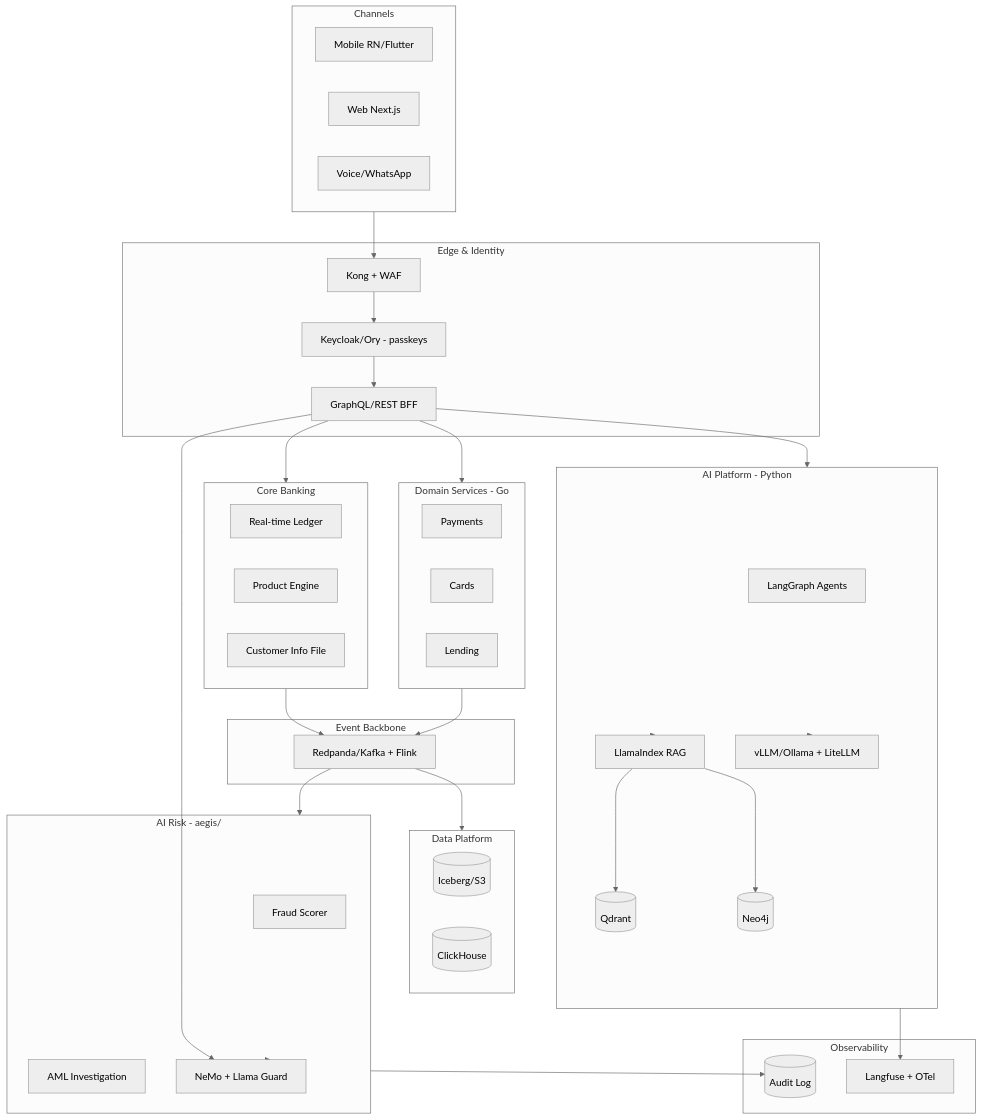
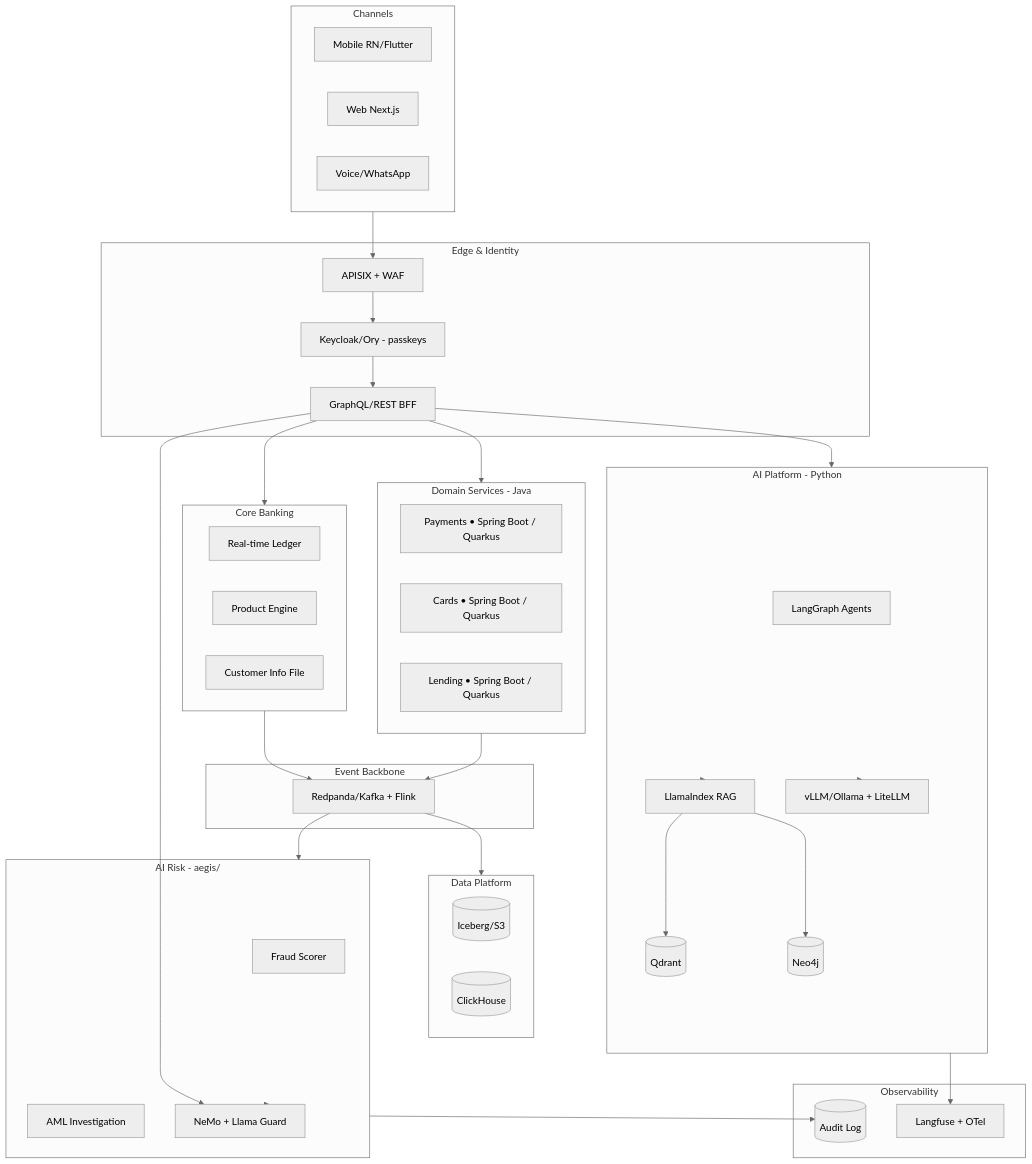
Before and after one commit to jsavinash/aegis-bank: the diagram in aegis-documentation/03_system_and_architecture/03_high_level_design_hld/01_end_to_end_system_architecture.md, drawn with Mermaid (neutral theme). The commit also changed other lines of this file and 2 other files, not shown here.

Commit message:
docs: switch HLD service diagrams from Go to Java and Kong to APISIX

````diff
--- a/aegis-documentation/03_system_and_architecture/03_high_level_design_hld/01_end_to_end_system_architecture.md
+++ b/aegis-documentation/03_system_and_architecture/03_high_level_design_hld/01_end_to_end_system_architecture.md
@@ -8,60 +8,60 @@
 ```mermaid
 flowchart TD
     subgraph CH[Channels]
         Mob[Mobile RN/Flutter]
         Web[Web Next.js]
         Voice[Voice/WhatsApp]
     end
     subgraph EDGE[Edge & Identity]
-        GW[Kong + WAF]
+        GW[APISIX + WAF]
         ID[Keycloak/Ory - passkeys]
         BFF[GraphQL/REST BFF]
     end
     subgraph CORE[Core Banking]
         LEDGER[Real-time Ledger]
         PRODUCTS[Product Engine]
         CIF[Customer Info File]
     end
-    subgraph SVC[Domain Services - Go]
-        PAY[Payments]
-        CARD[Cards]
-        LEND[Lending]
+    subgraph SVC[Domain Services - Java]
+        PAY[Payments • Spring Boot / Quarkus]
+        CARD[Cards • Spring Boot / Quarkus]
+        LEND[Lending • Spring Boot / Quarkus]
     end
     subgraph BUS[Event Backbone]
         KAFKA[Redpanda/Kafka + Flink]
     end
     subgraph AI[AI Platform - Python]
         AGENTS[LangGraph Agents]
         RAG[LlamaIndex RAG]
         VEC[(Qdrant)]
         GRAPH[(Neo4j)]
         VLLM[vLLM/Ollama + LiteLLM]
     end
     subgraph RISK[AI Risk - aegis/]
         FRAUD[Fraud Scorer]
         AML[AML Investigation]
         GUARD[NeMo + Llama Guard]
     end
     subgraph DATA[Data Platform]
         ICE[(Iceberg/S3)]
         OLAP[(ClickHouse)]
     end
     subgraph OBS[Observability]
         LF[Langfuse + OTel]
         AUDIT[(Audit Log)]
     end
     CH --> GW --> ID --> BFF
     BFF --> CORE
     BFF --> SVC
     BFF --> AI
     CORE --> KAFKA
     SVC --> KAFKA
     KAFKA --> RISK
     KAFKA --> DATA
     AI --> RAG --> VEC & GRAPH
     AI --> VLLM
     RISK --> GUARD
     BFF --> GUARD
     RISK --> AUDIT
     AI --> LF
 ```
````
